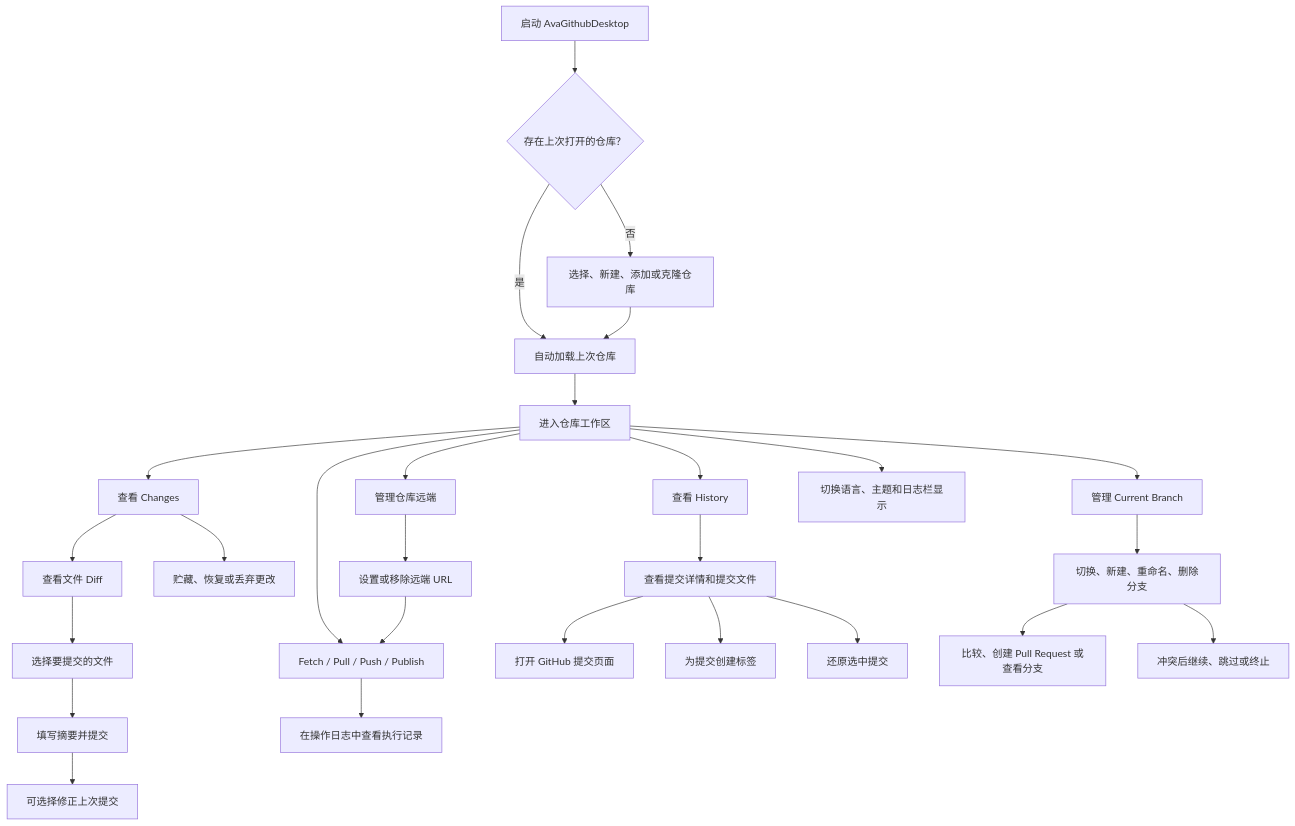
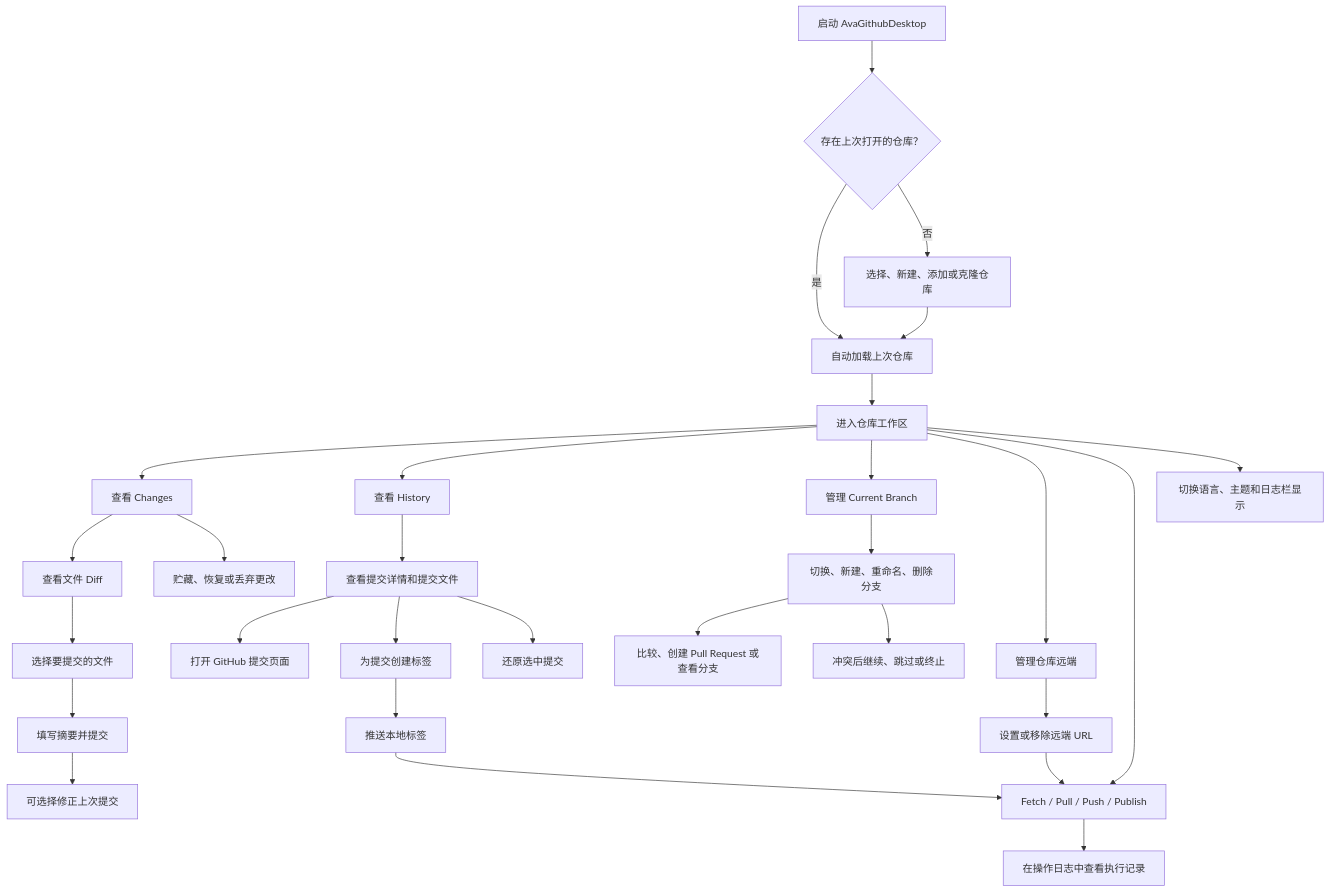
One commit to dotnet9/AvaGithubDesktop changed the diagram in docs/AvaGithubDesktop需求文档.md. Above: the diagram before and after it, drawn with Mermaid. The commit also changed other lines of this file and 10 other files, not shown here.

Commit message:
feat: add push tags action

````diff
--- a/docs/AvaGithubDesktop需求文档.md
+++ b/docs/AvaGithubDesktop需求文档.md
@@ -39,29 +40,31 @@
 ```mermaid
 flowchart TD
     Start["启动 AvaGithubDesktop"] --> Restore{"存在上次打开的仓库？"}
     Restore -->|是| LoadRepo["自动加载上次仓库"]
     Restore -->|否| PickRepo["选择、新建、添加或克隆仓库"]
     PickRepo --> LoadRepo
     LoadRepo --> Workspace["进入仓库工作区"]
     Workspace --> Changes["查看 Changes"]
     Workspace --> History["查看 History"]
     Workspace --> Branch["管理 Current Branch"]
     Workspace --> Remote["管理仓库远端"]
     Workspace --> Sync["Fetch / Pull / Push / Publish"]
     Changes --> ReviewDiff["查看文件 Diff"]
     ReviewDiff --> SelectFiles["选择要提交的文件"]
     SelectFiles --> Commit["填写摘要并提交"]
     Commit --> Amend["可选择修正上次提交"]
     Changes --> Stash["贮藏、恢复或丢弃更改"]
     History --> CommitDetail["查看提交详情和提交文件"]
     CommitDetail --> OpenCommit["打开 GitHub 提交页面"]
     CommitDetail --> CreateTag["为提交创建标签"]
     CommitDetail --> RevertCommit["还原选中提交"]
     Branch --> BranchOps["切换、新建、重命名、删除分支"]
     BranchOps --> BranchGitHub["比较、创建 Pull Request 或查看分支"]
     BranchOps --> ConflictOps["冲突后继续、跳过或终止"]
     Remote --> RemoteOps["设置或移除远端 URL"]
     RemoteOps --> Sync
+    CreateTag --> PushTags["推送本地标签"]
+    PushTags --> Sync
     Sync --> OperationLog["在操作日志中查看执行记录"]
     Workspace --> Settings["切换语言、主题和日志栏显示"]
 ```
````
